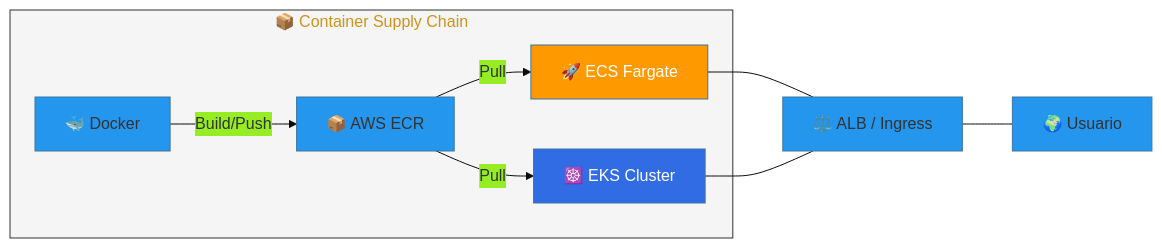
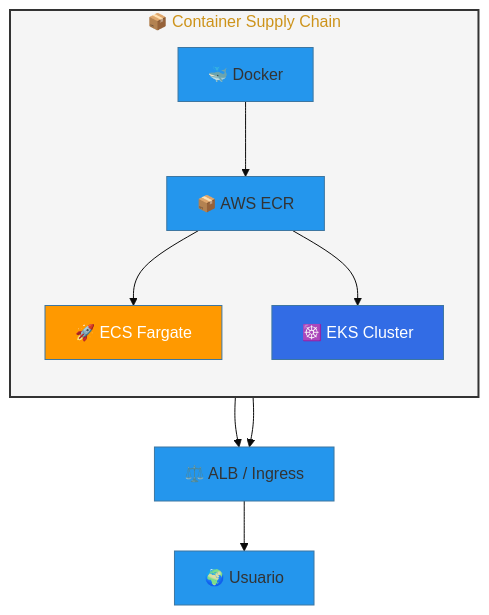
Before and after one commit to vladimiracunadev-create/proyectos-aws: the third of 4 diagrams in docs/ARCHITECTURE.md, drawn with Mermaid. The commit also changed other lines of this file and 1 other file, not shown here.

Commit message:
docs: optimize diagram readability with vertical orientation and larger fonts

````diff
--- a/docs/ARCHITECTURE.md
+++ b/docs/ARCHITECTURE.md
@@ -77,17 +82,18 @@
 ```mermaid
-%%{init: {'theme': 'base', 'themeVariables': { 'primaryColor': '#2496ED', 'tertiaryColor': '#326CE5' }}}%%
-graph LR
+%%{init: {'theme': 'base', 'themeVariables': { 'primaryColor': '#2496ED', 'tertiaryColor': '#326CE5', 'fontsize': '16px' }}}%%
+graph TB
     subgraph SupplyChain["📦 Container Supply Chain"]
-        J1[🐳 Docker] -->|Build/Push| J2[📦 AWS ECR]
-        J2 -->|Pull| J3[🚀 ECS Fargate]
-        J2 -->|Pull| J4[☸️ EKS Cluster]
+        direction TB
+        J1[🐳 Docker] --> J2[📦 AWS ECR]
+        J2 --> J3[🚀 ECS Fargate]
+        J2 --> J4[☸️ EKS Cluster]
     end
 
-    J3 --- ALB[⚖️ ALB / Ingress]
-    J4 --- ALB
-    ALB --- User[🌍 Usuario]
+    J3 --> ALB[⚖️ ALB / Ingress]
+    J4 --> ALB
+    ALB --> User[🌍 Usuario]
 
-    style SupplyChain fill:#f5f5f5,stroke:#333
+    style SupplyChain fill:#f5f5f5,stroke:#333,stroke-width:2px
     style J3 fill:#FF9900,color:#fff
     style J4 fill:#326CE5,color:#fff
 ```
````
